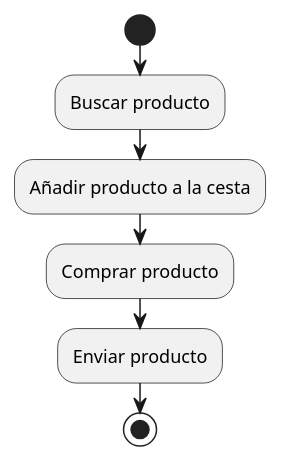
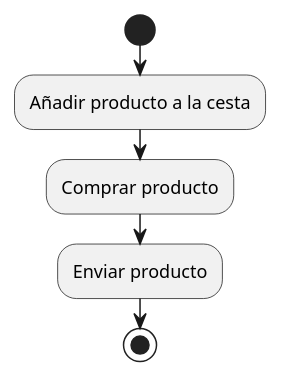
Before and after one commit to mramiroz/Proyecto-Julian: the diagram in docs/analisis/Diagrama.md, drawn with PlantUML. The commit also changed 1 other file, not shown here.

Commit message:
Cambio Diagrama e Requisitos

```diff
--- a/docs/analisis/Diagrama.md
+++ b/docs/analisis/Diagrama.md
@@ -1,9 +1,9 @@
 @startuml
 skinparam ConditionEndStyle hline
 start
-:Buscar producto;
+
 :Añadir producto a la cesta;
 :Comprar producto;
 :Enviar producto;
 stop
 @enduml
```
